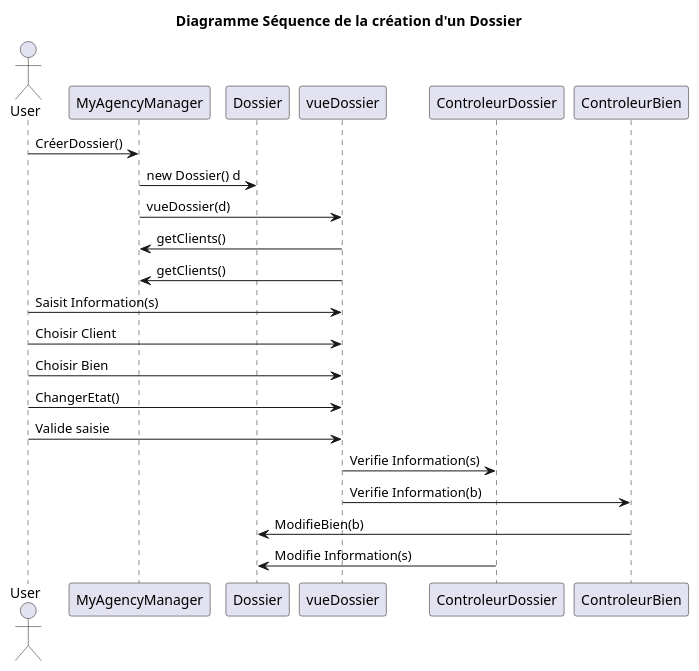
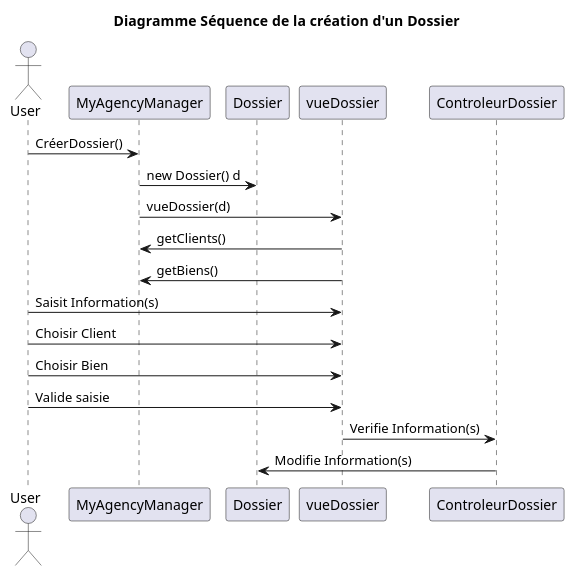
The diagram in DossierConception/SeqCreerDossier.pu (Arnaud-Sibade-Tlse/ProjetUML_Miashs), drawn with PlantUML before and after one commit.

Commit message:
SEQUENCE : créerDossier

```diff
--- a/DossierConception/SeqCreerDossier.pu
+++ b/DossierConception/SeqCreerDossier.pu
@@ -1,28 +1,23 @@
 @startuml
 
 title Diagramme Séquence de la création  d'un Dossier
 
 actor User as U
 U -> MyAgencyManager :CréerDossier()
 
 MyAgencyManager -> Dossier :new Dossier() d
 MyAgencyManager -> vueDossier : vueDossier(d)
 
 vueDossier -> MyAgencyManager : getClients()
-vueDossier -> MyAgencyManager : getClients()
+vueDossier -> MyAgencyManager : getBiens()
 
 U -> vueDossier :Saisit Information(s)
 U -> vueDossier :Choisir Client
 U -> vueDossier :Choisir Bien
-U -> vueDossier :ChangerEtat()
-
 
 U -> vueDossier :Valide saisie
 
 vueDossier -> ControleurDossier :Verifie Information(s)
-vueDossier -> ControleurBien :Verifie Information(b)
-ControleurBien -> Dossier :ModifieBien(b)
-
 
 ControleurDossier -> Dossier :Modifie Information(s)
 @enduml
```
